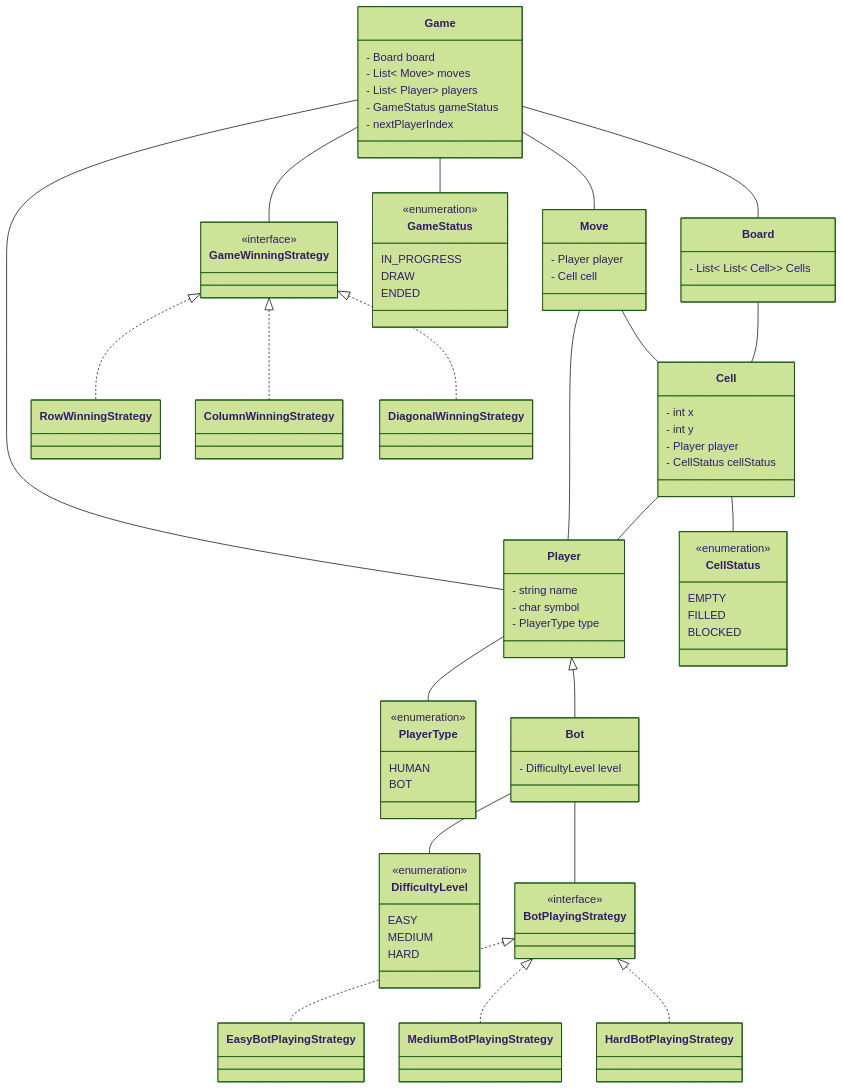
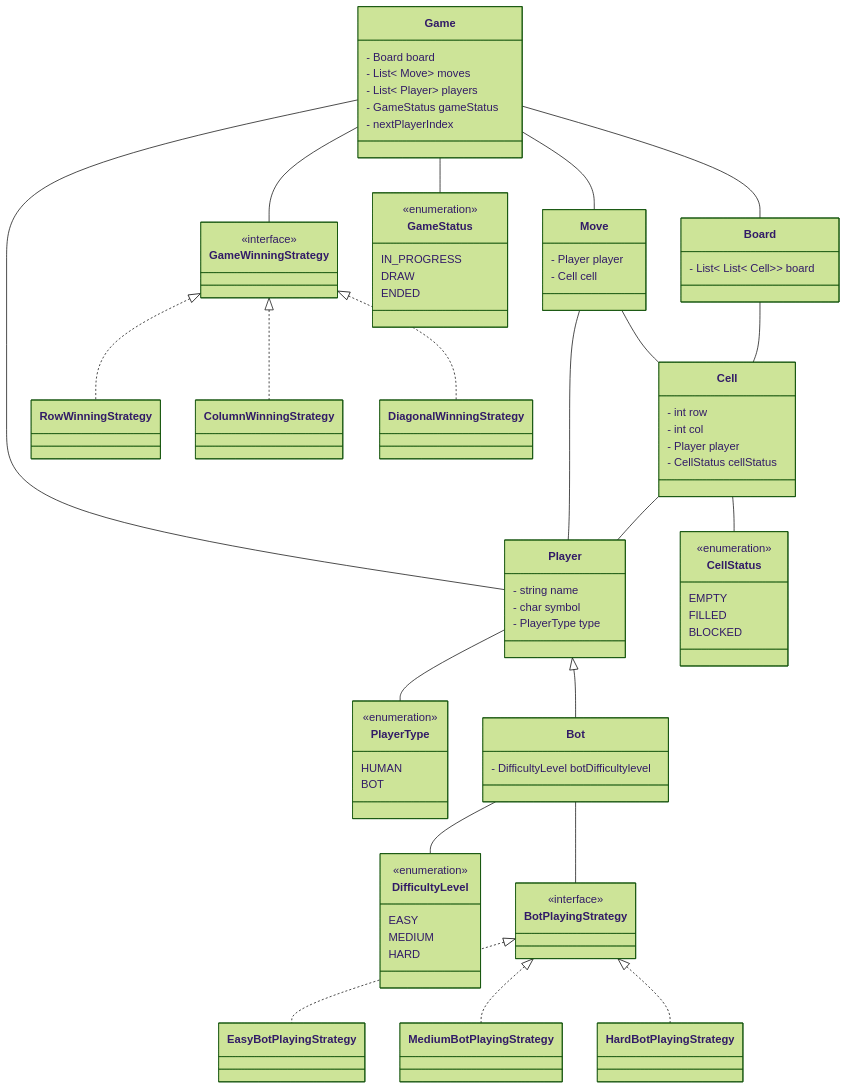
Before and after one commit to bhaskarbhakat/low-level-design: the diagram in src/main/java/com/TicTacToe/readme.md, drawn with Mermaid (forest theme). The commit also changed 38 other files, not shown here.

```diff
--- a/src/main/java/com/TicTacToe/readme.md
+++ b/src/main/java/com/TicTacToe/readme.md
@@ -63,15 +63,15 @@
     
     Board -- Cell
     class Board{
-        - List< List< Cell>> Cells
+        - List< List< Cell>> board
     }
 
     Cell -- CellStatus
     Cell -- Player
 
     class Cell{
-        - int x
-        - int y
+        - int row
+        - int col
         - Player player
         - CellStatus cellStatus
     }
@@ -101,7 +101,7 @@
     Bot -- BotPlayingStrategy
 
     class Bot{
-        - DifficultyLevel level
+        - DifficultyLevel botDifficultylevel
     }
 
     class DifficultyLevel{
```
